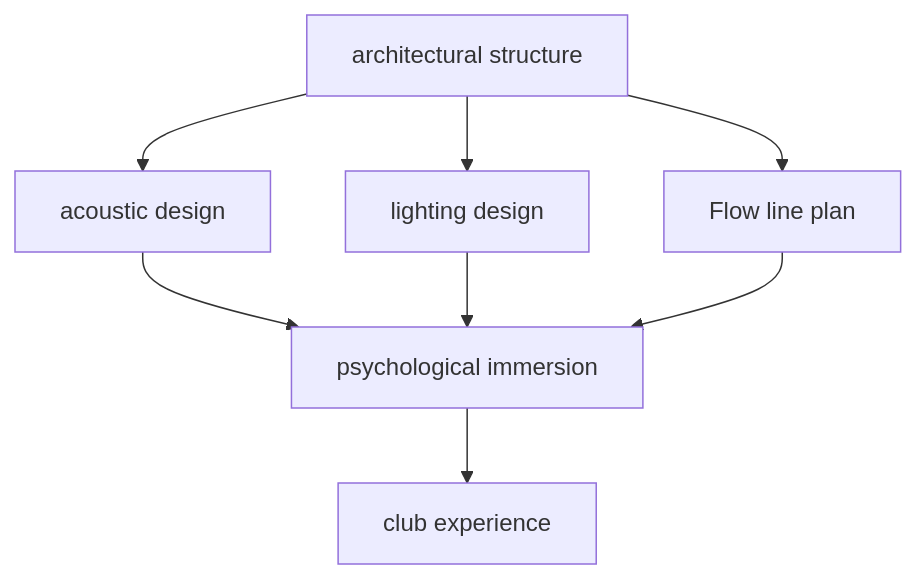
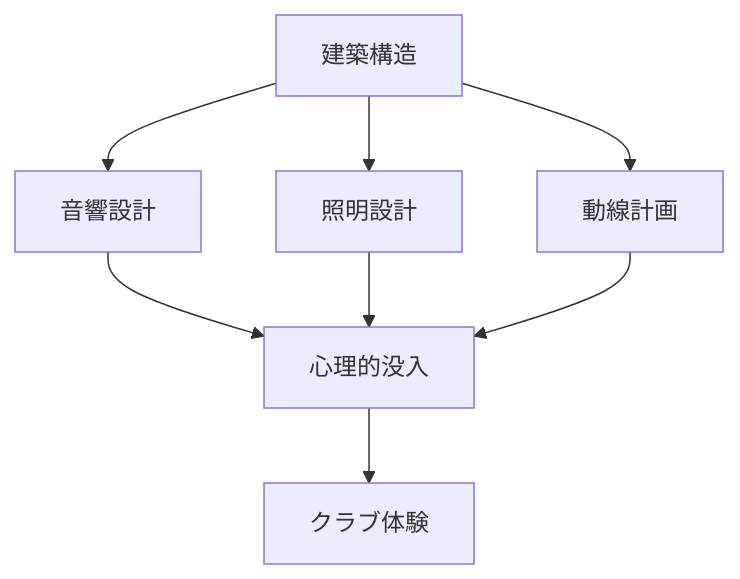
One commit to monumental-movement/monumental-movement.github.io changed the fourth of 6 diagrams in en/_posts/2026-08-01-column-berlin-club-architecture.md. Above: the diagram before and after it, drawn with Mermaid. The commit also changed other lines of this file and 2196 other files, not shown here.

```diff
--- a/en/_posts/2026-08-01-column-berlin-club-architecture.md
+++ b/en/_posts/2026-08-01-column-berlin-club-architecture.md
@@ -988,18 +987,18 @@
 <div class="mermaid">
 flowchart TD
 
-A[architectural structure]
-B[acoustic design]
-C[lighting design]
-D[Flow line plan]
-E[psychological immersion]
-F[club experience]
+A[建築構造]
+B[音響設計]
+C[照明設計]
+D[動線計画]
+E[心理的没入]
+F[クラブ体験]
 
 A --> B
 A --> C
 A --> D
 B --> E
 C --> E
 D --> E
 E --> F
 </div>
```
